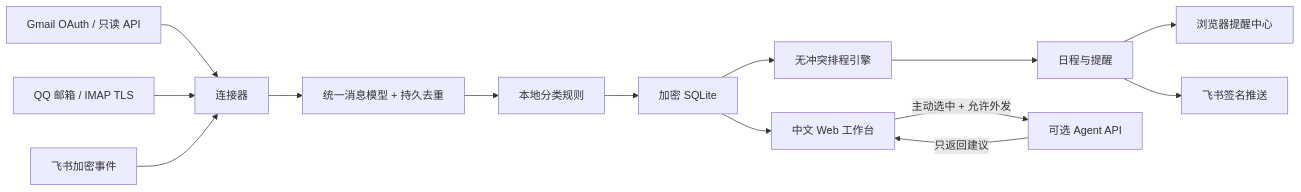
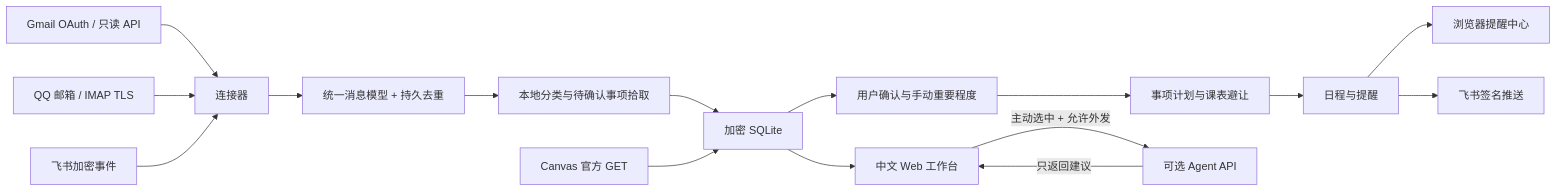
One commit to ZhongyaoTuo/relay-station changed the diagram in docs/ARCHITECTURE.md. Above: the diagram before and after it, drawn with Mermaid. The commit also changed other lines of this file and 4 other files, not shown here.

````diff
--- a/docs/ARCHITECTURE.md
+++ b/docs/ARCHITECTURE.md
@@ -5,16 +7,18 @@
 ```mermaid
 flowchart LR
     A[Gmail OAuth / 只读 API] --> D[连接器]
     B[QQ 邮箱 / IMAP TLS] --> D
     C[飞书加密事件] --> D
     D --> E[统一消息模型 + 持久去重]
-    E --> F[本地分类规则]
+    E --> F[本地分类与待确认事项拾取]
     F --> G[加密 SQLite]
+    O[Canvas 官方 GET] --> G
+    G --> P[用户确认与手动重要程度]
     G --> H[中文 Web 工作台]
-    G --> I[无冲突排程引擎]
+    P --> I[事项计划与课表避让]
     I --> J[日程与提醒]
     J --> K[浏览器提醒中心]
     J --> L[飞书签名推送]
     H -->|主动选中 + 允许外发| M[可选 Agent API]
     M -->|只返回建议| H
 ```
````
